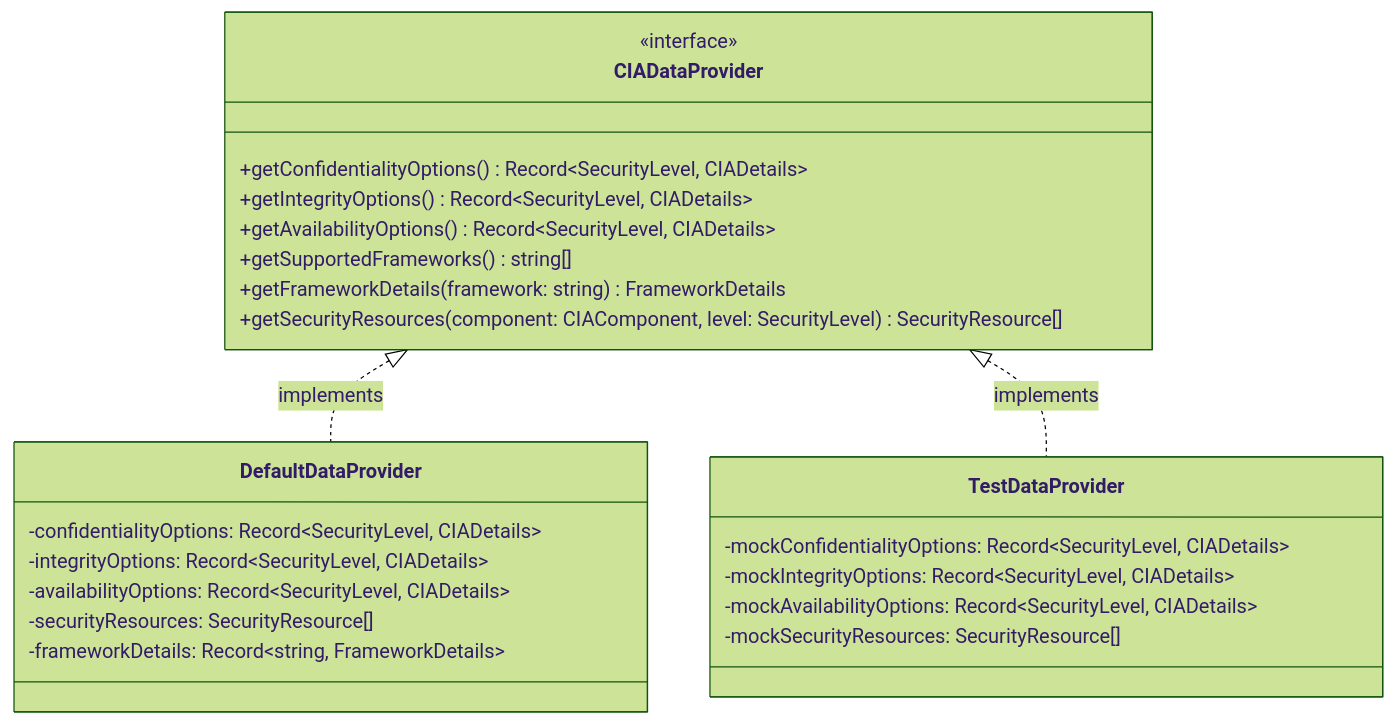
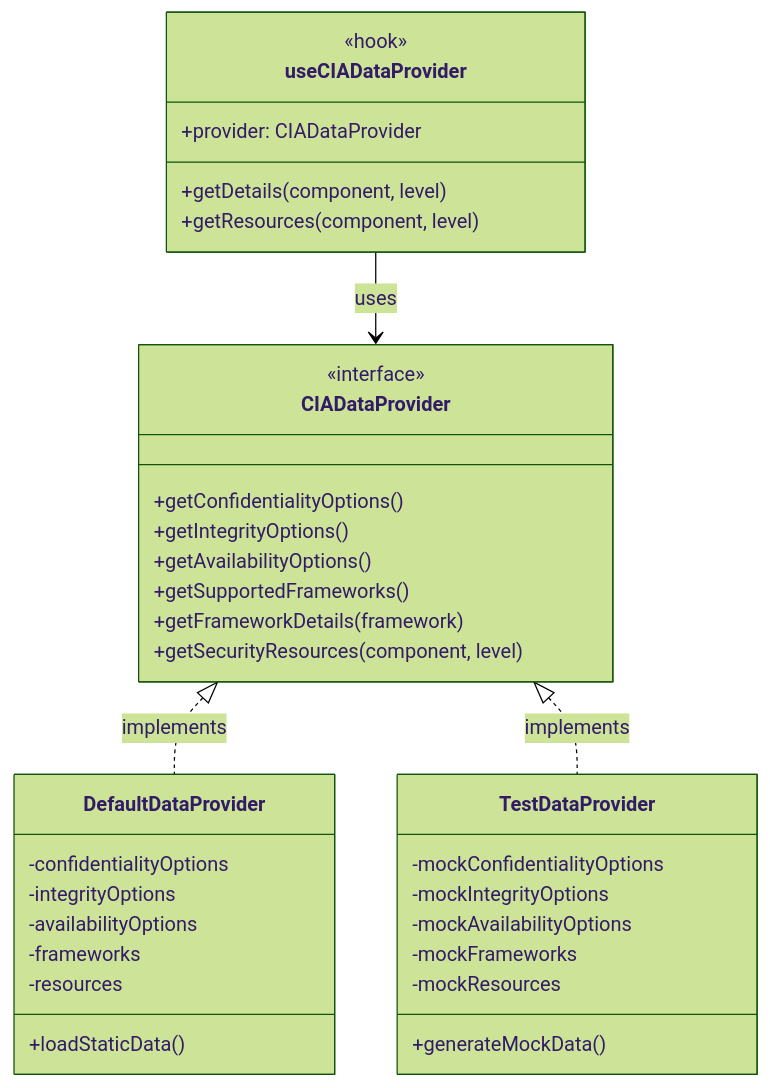
Before and after one commit to Hack23/cia-compliance-manager: the third of 6 diagrams in docs/architecture/DATA_MODEL.md, drawn with Mermaid (forest theme). The commit also changed other lines of this file and 1 other file, not shown here.

First line of the commit message:
docs: update DATA_MODEL.md with v1.0 type definitions and widget props (#713)

````diff
--- a/docs/architecture/DATA_MODEL.md
+++ b/docs/architecture/DATA_MODEL.md
@@ -209,30 +1220,42 @@
 ```mermaid
 classDiagram
     class CIADataProvider {
         <<interface>>
-        +getConfidentialityOptions() Record~SecurityLevel, CIADetails~
-        +getIntegrityOptions() Record~SecurityLevel, CIADetails~
-        +getAvailabilityOptions() Record~SecurityLevel, CIADetails~
-        +getSupportedFrameworks() string[]
-        +getFrameworkDetails(framework: string) FrameworkDetails
-        +getSecurityResources(component: CIAComponent, level: SecurityLevel) SecurityResource[]
+        +getConfidentialityOptions()
+        +getIntegrityOptions()
+        +getAvailabilityOptions()
+        +getSupportedFrameworks()
+        +getFrameworkDetails(framework)
+        +getSecurityResources(component, level)
     }
     
     class DefaultDataProvider {
-        -confidentialityOptions: Record~SecurityLevel, CIADetails~
-        -integrityOptions: Record~SecurityLevel, CIADetails~
-        -availabilityOptions: Record~SecurityLevel, CIADetails~
-        -securityResources: SecurityResource[]
-        -frameworkDetails: Record~string, FrameworkDetails~
+        -confidentialityOptions
+        -integrityOptions
+        -availabilityOptions
+        -frameworks
+        -resources
+        +loadStaticData()
     }
     
     class TestDataProvider {
-        -mockConfidentialityOptions: Record~SecurityLevel, CIADetails~
-        -mockIntegrityOptions: Record~SecurityLevel, CIADetails~
-        -mockAvailabilityOptions: Record~SecurityLevel, CIADetails~
-        -mockSecurityResources: SecurityResource[]
+        -mockConfidentialityOptions
+        -mockIntegrityOptions
+        -mockAvailabilityOptions
+        -mockFrameworks
+        -mockResources
+        +generateMockData()
     }
     
     CIADataProvider <|.. DefaultDataProvider : implements
     CIADataProvider <|.. TestDataProvider : implements
+    
+    class useCIADataProvider {
+        <<hook>>
+        +provider: CIADataProvider
+        +getDetails(component, level)
+        +getResources(component, level)
+    }
+    
+    useCIADataProvider --> CIADataProvider : uses
 ```
````
